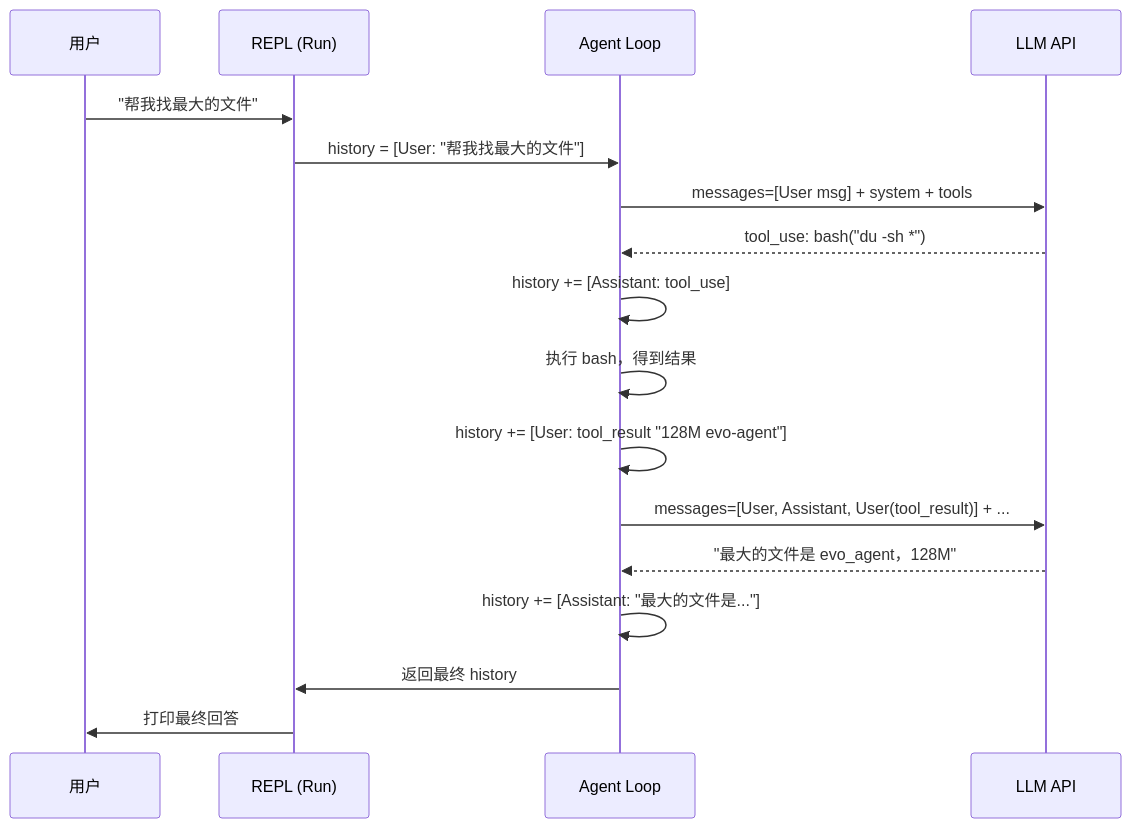
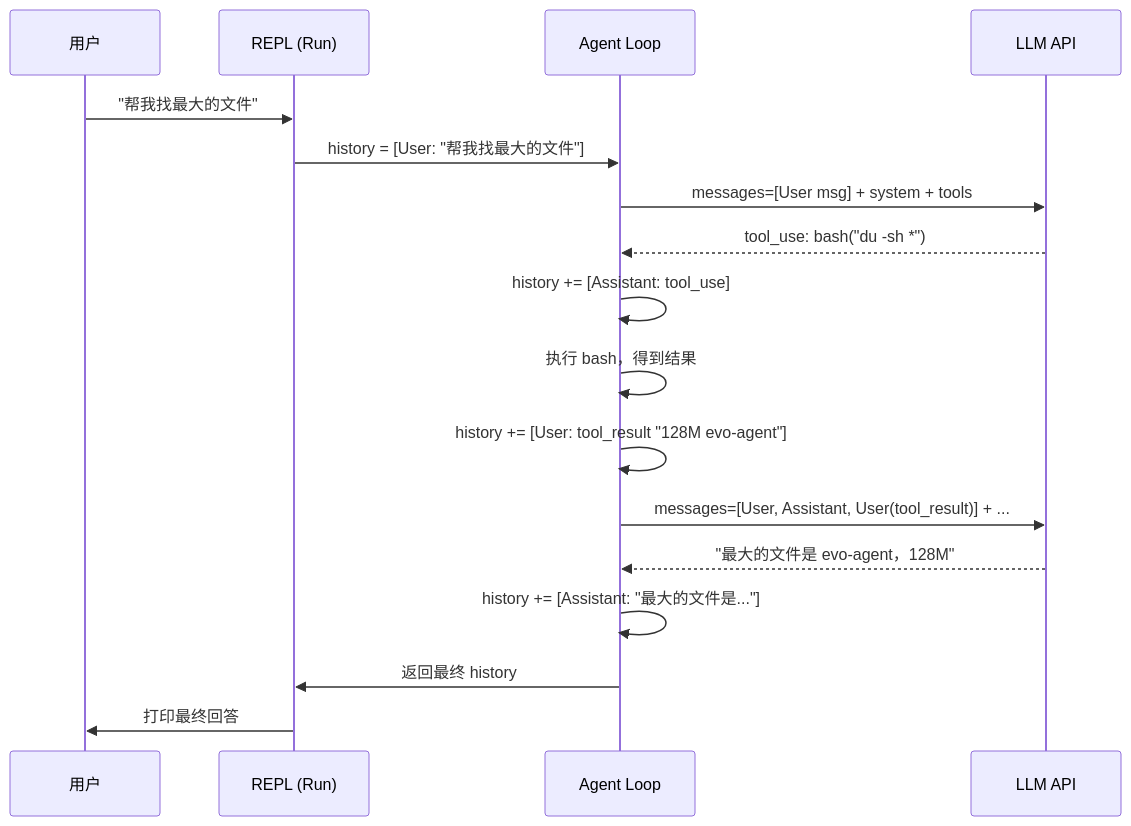
The third of 4 diagrams in blog/03-prompts.md (tiankonguse/evo-agent), drawn with Mermaid before and after one commit. The commit also changed other lines of this file and 27 other files, not shown here.

````diff
--- a/blog/03-prompts.md
+++ b/blog/03-prompts.md
@@ -491,23 +491,23 @@
 ```mermaid
 sequenceDiagram
     participant User as 用户
     participant REPL as REPL (Run)
     participant AgentLoop as Agent Loop
     participant LLM as LLM API
 
     User->>REPL: "帮我找最大的文件"
     REPL->>AgentLoop: history = [User: "帮我找最大的文件"]
 
     AgentLoop->>LLM: messages=[User msg] + system + tools
     LLM-->>AgentLoop: tool_use: bash("du -sh *")
     AgentLoop->>AgentLoop: history += [Assistant: tool_use]
     AgentLoop->>AgentLoop: 执行 bash，得到结果
     AgentLoop->>AgentLoop: history += [User: tool_result "128M evo-agent"]
 
     AgentLoop->>LLM: messages=[User, Assistant, User(tool_result)] + ...
-    LLM-->>AgentLoop: "最大的文件是 evo_agent，128M"
+    LLM-->>AgentLoop: "最大的文件是 evo-agent，128M"
     AgentLoop->>AgentLoop: history += [Assistant: "最大的文件是..."]
 
     AgentLoop->>REPL: 返回最终 history
     REPL->>User: 打印最终回答
 ```
````
